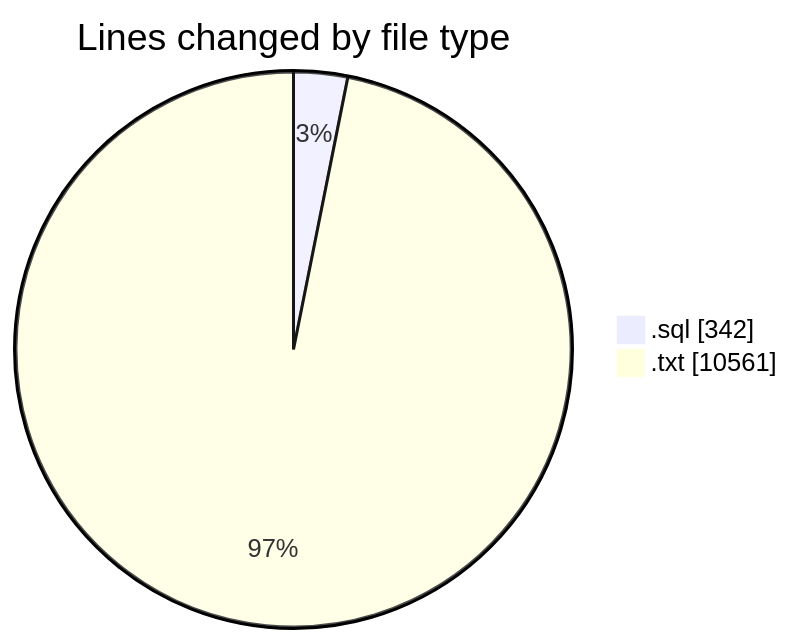
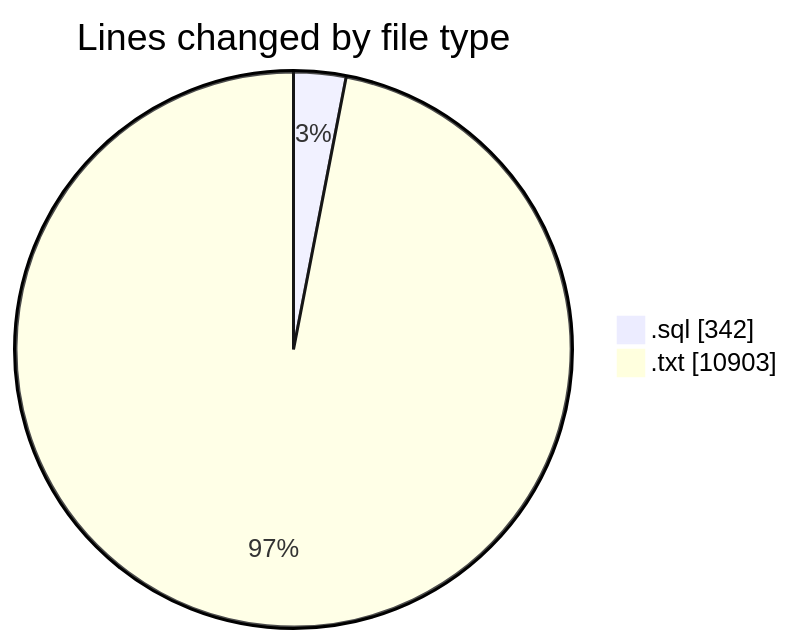
The first of 2 diagrams in 2026-07-13/cilapp/README.md (ricardozamudiocil/code-tracking), drawn with Mermaid before and after one commit. The commit also changed other lines of this file and 1 other file, not shown here.

````diff
--- a/2026-07-13/cilapp/README.md
+++ b/2026-07-13/cilapp/README.md
@@ -21,6 +22,6 @@
 ```mermaid
 pie showData
 title Lines changed by file type
 ".sql" : 342
-".txt" : 10561
+".txt" : 10903
 ```
````
